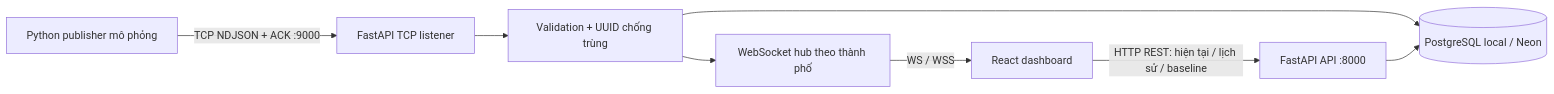
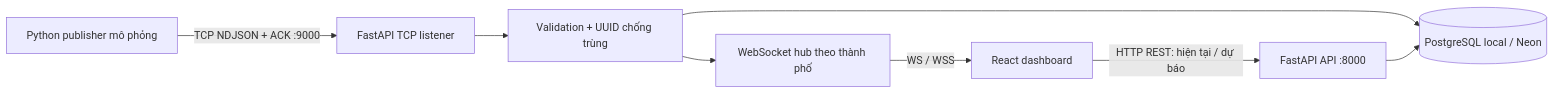
The diagram in README.md (hung-ai-labs/Project-LapTrinhMang), drawn with Mermaid before and after one commit. The commit also changed other lines of this file and 7 other files, not shown here.

````diff
--- a/README.md
+++ b/README.md
@@ -28,10 +28,10 @@
 ```mermaid
 flowchart LR
     P[Python publisher mô phỏng] -->|TCP NDJSON + ACK :9000| T[FastAPI TCP listener]
     T --> V[Validation + UUID chống trùng]
     V --> D[(PostgreSQL local / Neon)]
     V --> H[WebSocket hub theo thành phố]
     H -->|WS / WSS| R[React dashboard]
-    R -->|HTTP REST: hiện tại / lịch sử / baseline| A[FastAPI API :8000]
+    R -->|HTTP REST: hiện tại / dự báo| A[FastAPI API :8000]
     A --> D
 ```
````
